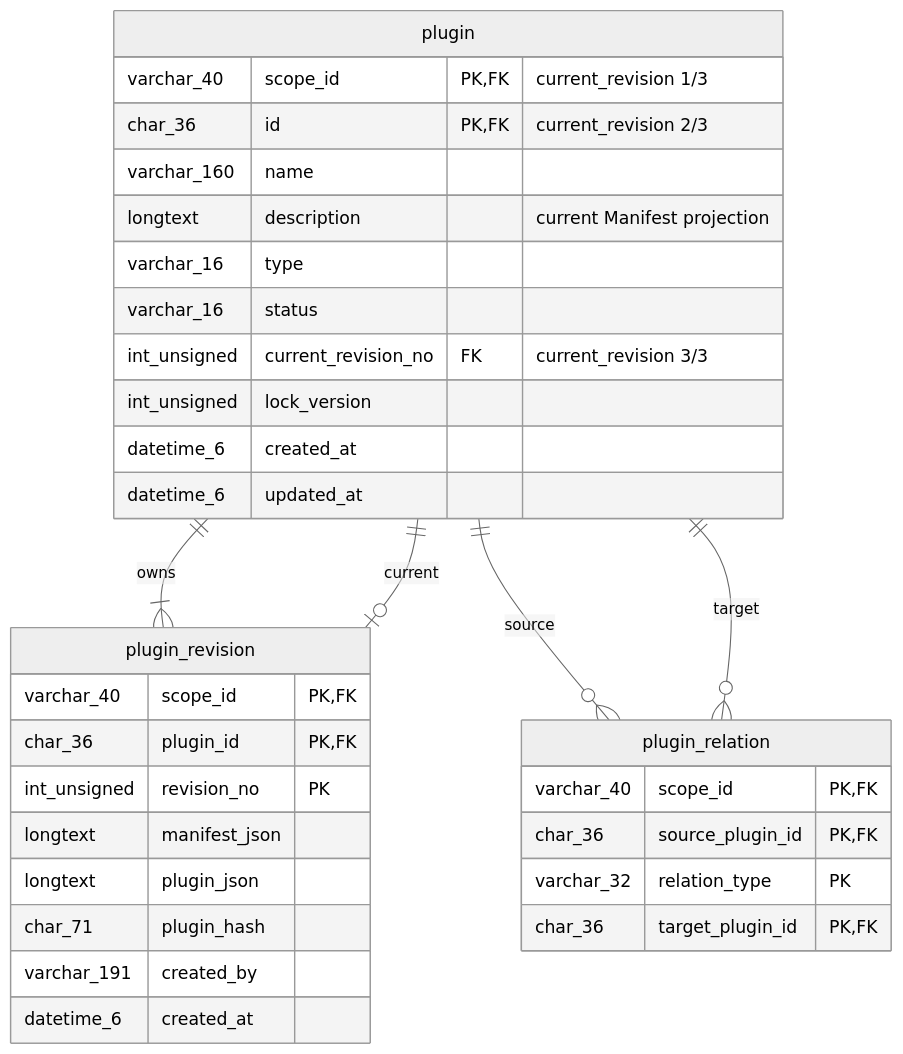
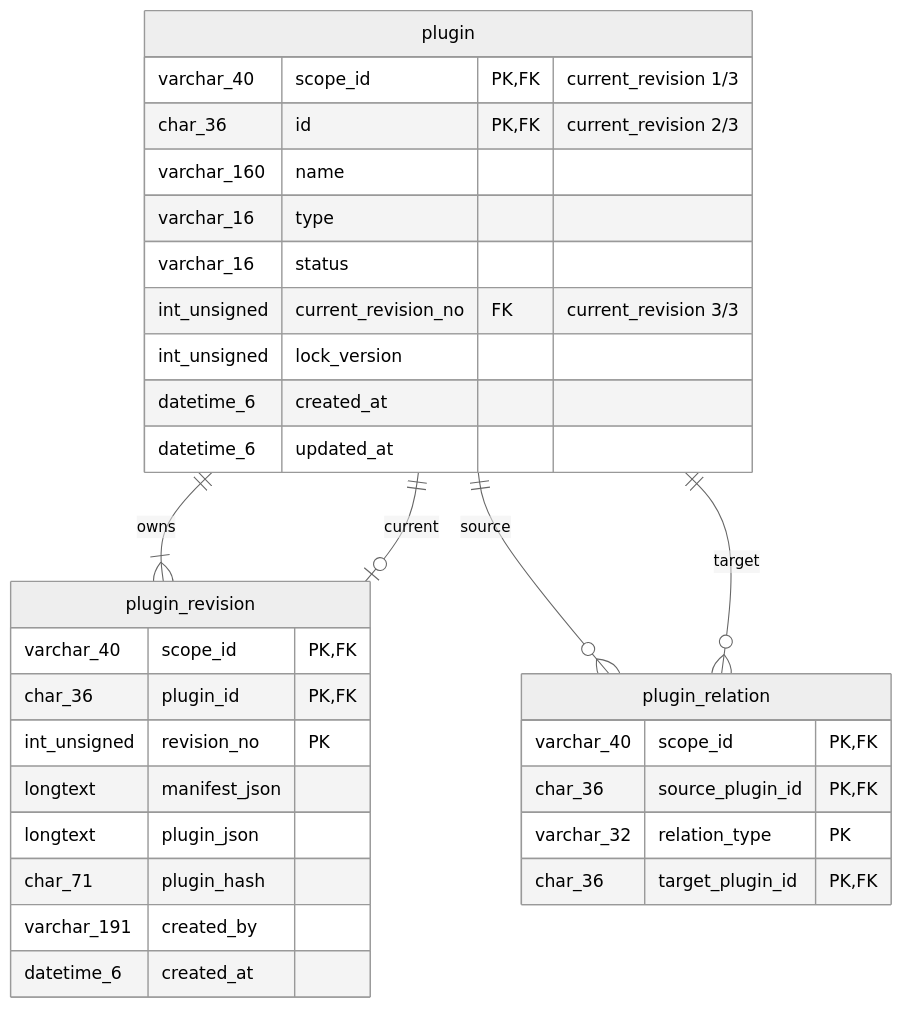
The diagram in docs/er.md (Mininglamp-OSS/octo-plugin-lib), drawn with Mermaid (neutral theme) before and after one commit. The commit also changed other lines of this file and 24 other files, not shown here.

First line of the commit message:
fix: harden vNext contract and schema verification (#4)

````diff
--- a/docs/er.md
+++ b/docs/er.md
@@ -8,38 +8,37 @@
 ```mermaid
 erDiagram
     plugin ||--|{ plugin_revision : owns
     plugin ||--o| plugin_revision : current
     plugin ||--o{ plugin_relation : source
     plugin ||--o{ plugin_relation : target
 
     plugin {
         varchar_40 scope_id PK,FK "current_revision 1/3"
         char_36 id PK,FK "current_revision 2/3"
         varchar_160 name
-        longtext description "current Manifest projection"
         varchar_16 type
         varchar_16 status
         int_unsigned current_revision_no FK "current_revision 3/3"
         int_unsigned lock_version
         datetime_6 created_at
         datetime_6 updated_at
     }
 
     plugin_revision {
         varchar_40 scope_id PK,FK
         char_36 plugin_id PK,FK
         int_unsigned revision_no PK
         longtext manifest_json
         longtext plugin_json
         char_71 plugin_hash
         varchar_191 created_by
         datetime_6 created_at
     }
 
     plugin_relation {
         varchar_40 scope_id PK,FK
         char_36 source_plugin_id PK,FK
         varchar_32 relation_type PK
         char_36 target_plugin_id PK,FK
     }
 ```
````
